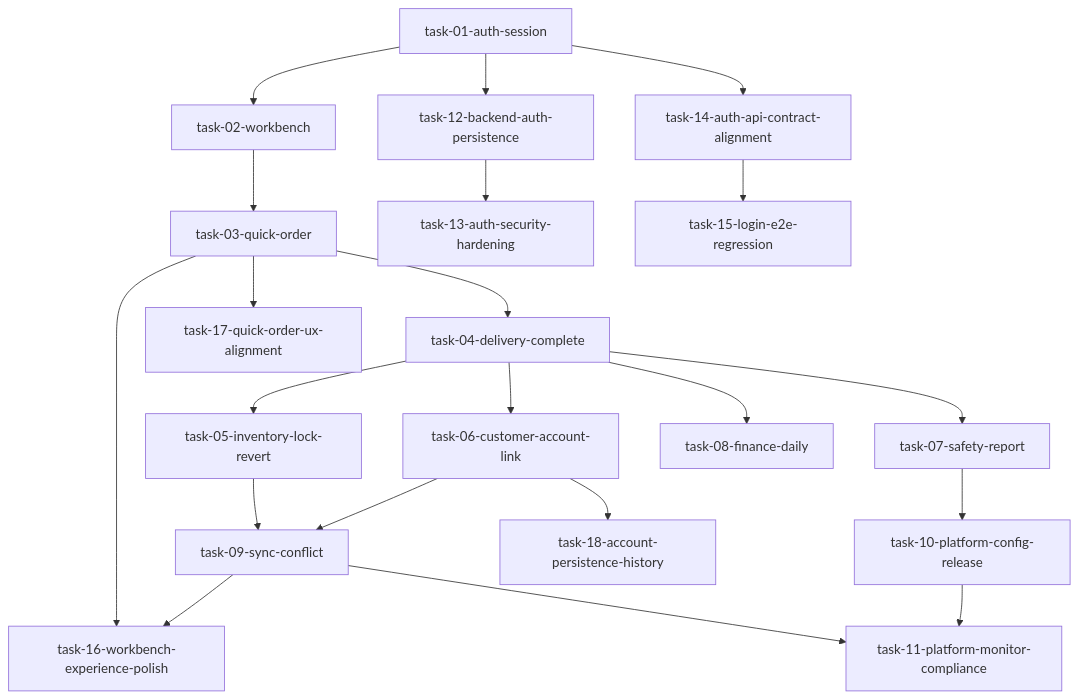
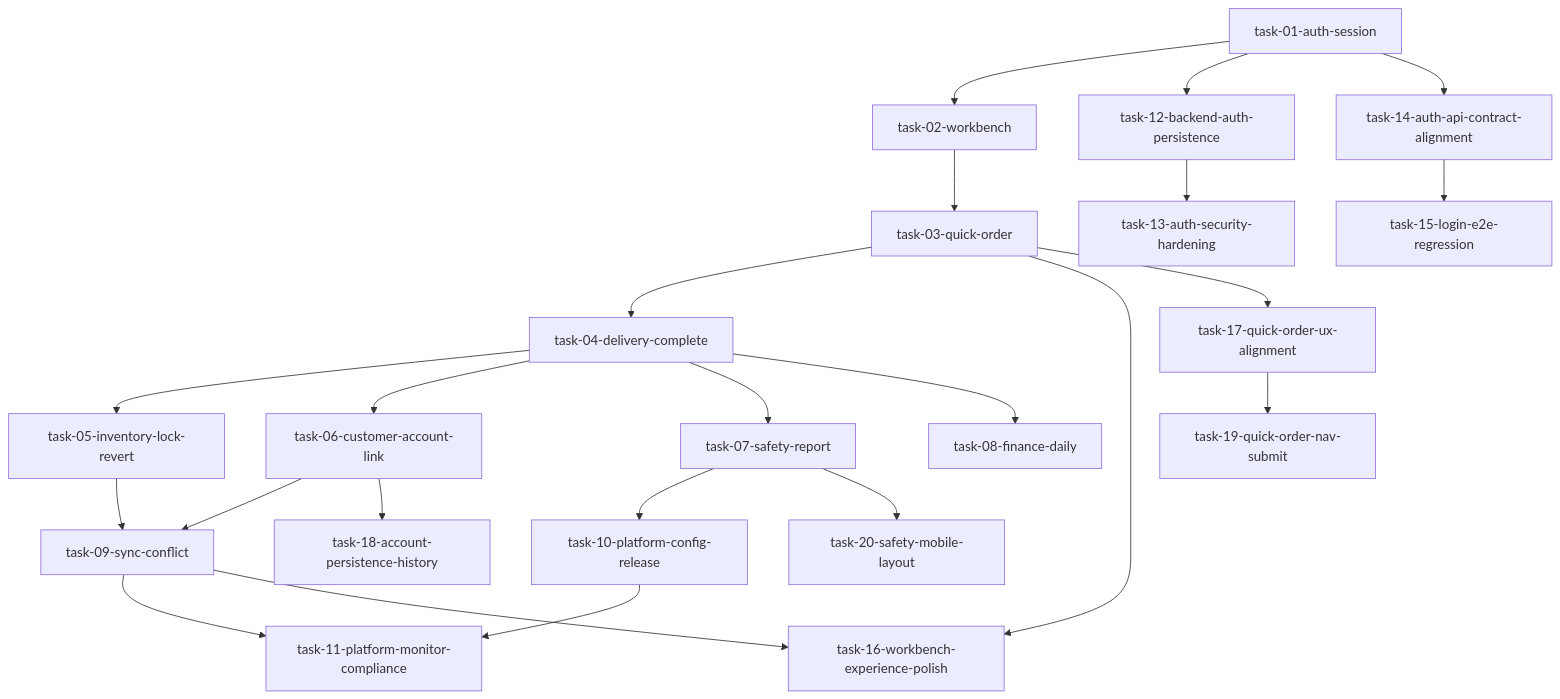
The diagram in .trellis/tasks/feature-task-map.md (PojoZheng/lpg_gas_project), drawn with Mermaid before and after one commit. The commit also changed other lines of this file and 5 other files, not shown here.

````diff
--- a/.trellis/tasks/feature-task-map.md
+++ b/.trellis/tasks/feature-task-map.md
@@ -19,23 +21,25 @@
 ```mermaid
 flowchart TD
 t01[task-01-auth-session] --> t02[task-02-workbench]
 t02 --> t03[task-03-quick-order]
 t03 --> t04[task-04-delivery-complete]
 t04 --> t05[task-05-inventory-lock-revert]
 t04 --> t06[task-06-customer-account-link]
 t04 --> t07[task-07-safety-report]
 t04 --> t08[task-08-finance-daily]
 t05 --> t09[task-09-sync-conflict]
 t06 --> t09
 t07 --> t10[task-10-platform-config-release]
 t09 --> t11[task-11-platform-monitor-compliance]
 t10 --> t11
 t01 --> t12[task-12-backend-auth-persistence]
 t12 --> t13[task-13-auth-security-hardening]
 t01 --> t14[task-14-auth-api-contract-alignment]
 t14 --> t15[task-15-login-e2e-regression]
 t03 --> t16[task-16-workbench-experience-polish]
 t09 --> t16
 t03 --> t17[task-17-quick-order-ux-alignment]
 t06 --> t18[task-18-account-persistence-history]
+t17 --> t19[task-19-quick-order-nav-submit]
+t07 --> t20[task-20-safety-mobile-layout]
 ```
````
